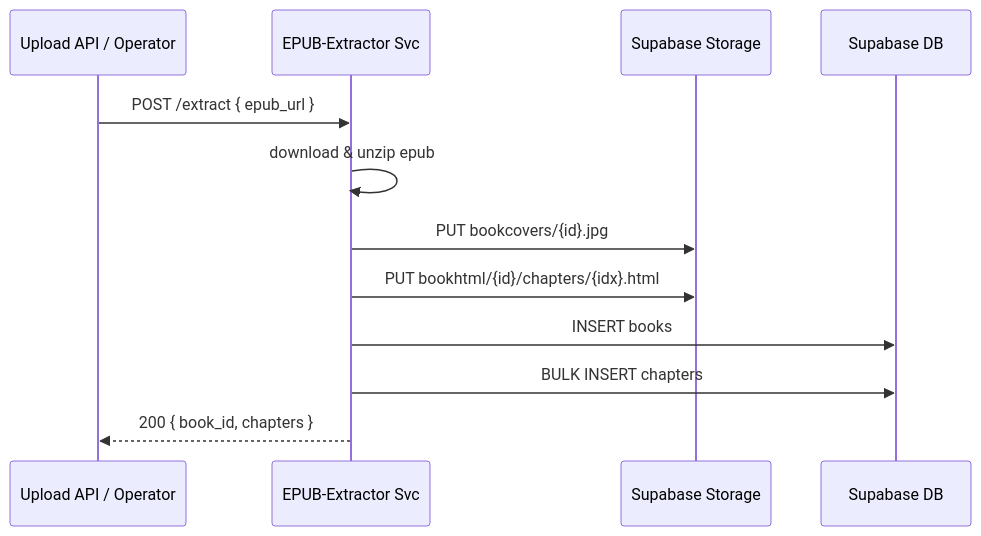
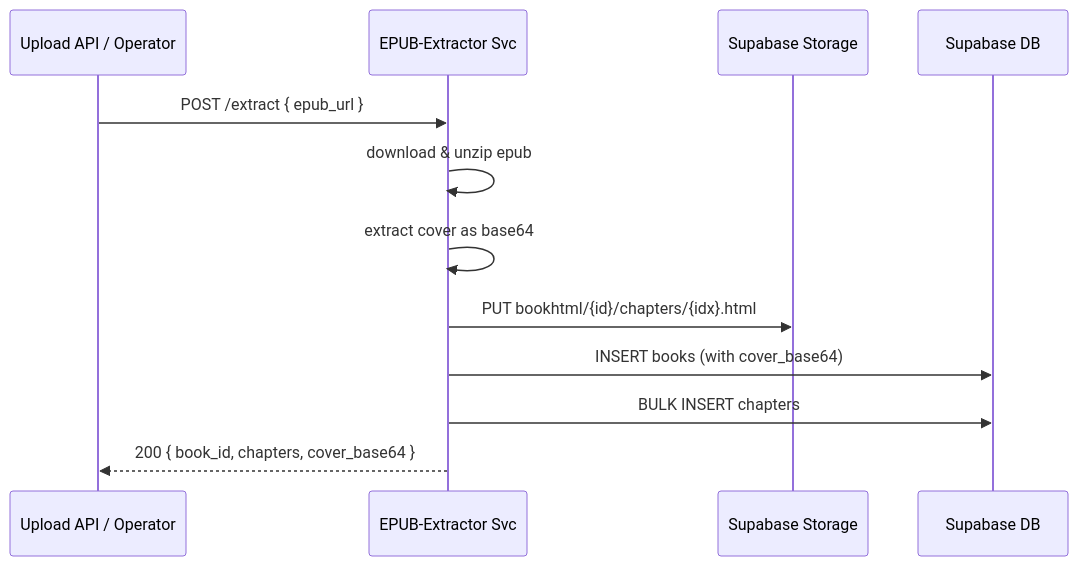
The diagram in bookupload_service/bookupload_service_specs.md (daniel-qian/Click-Reader), drawn with Mermaid before and after one commit. The commit also changed other lines of this file and 1 other file, not shown here.

````diff
--- a/bookupload_service/bookupload_service_specs.md
+++ b/bookupload_service/bookupload_service_specs.md
@@ -19,14 +23,14 @@
 ```mermaid
 sequenceDiagram
   participant U as Upload API / Operator
   participant S as EPUB‑Extractor Svc
   participant ST as Supabase Storage
   participant DB as Supabase DB
   U->>S: POST /extract { epub_url }
   S->>S: download & unzip epub
-  S->>ST: PUT bookcovers/{id}.jpg
+  S->>S: extract cover as base64
   S->>ST: PUT bookhtml/{id}/chapters/{idx}.html
-  S->>DB: INSERT books
+  S->>DB: INSERT books (with cover_base64)
   S->>DB: BULK INSERT chapters
-  S-->>U: 200 { book_id, chapters }
+  S-->>U: 200 { book_id, chapters, cover_base64 }
 ```
````
